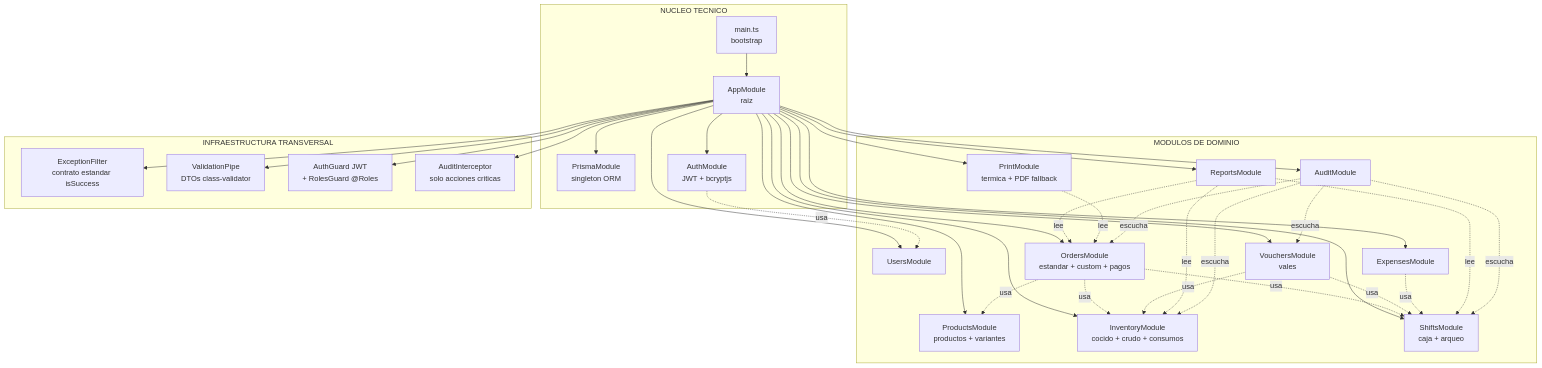
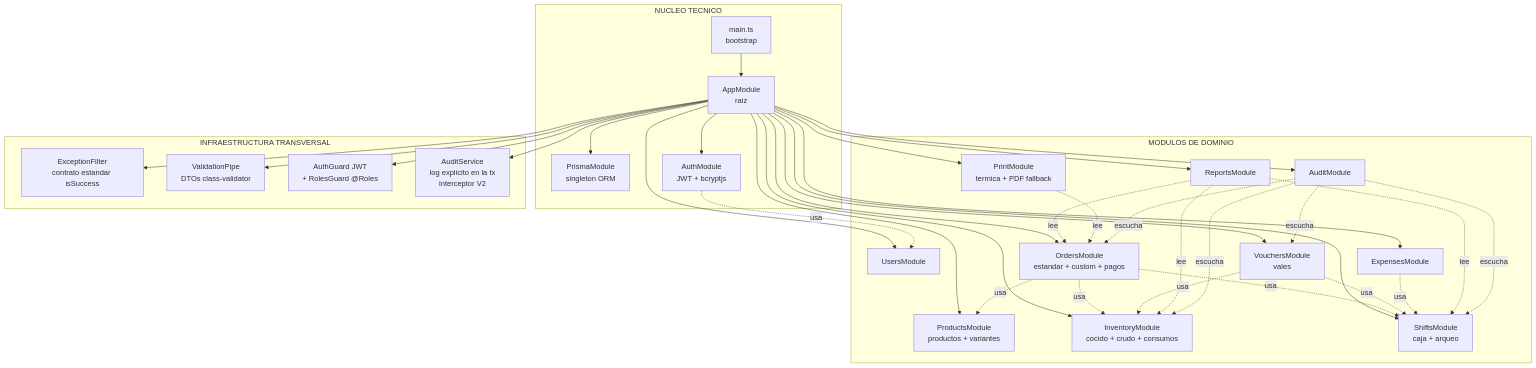
The first of 3 diagrams in docs/architecture_overview.md (Santillan-Reyna-Ariel-Angel/wonderchicken-docs), drawn with Mermaid before and after one commit. The commit also changed other lines of this file and 3 other files, not shown here.

First line of the commit message:
docs(auditoria): documentar implementación de AuditLog en V1

````diff
--- a/docs/architecture_overview.md
+++ b/docs/architecture_overview.md
@@ -32,65 +32,65 @@
 ```mermaid
 graph TB
     subgraph CORE["NUCLEO TECNICO"]
         MAIN[main.ts<br/>bootstrap]
         APP[AppModule<br/>raiz]
         PRISMA[PrismaModule<br/>singleton ORM]
         AUTH[AuthModule<br/>JWT + bcryptjs]
     end
 
     subgraph DOMINIO["MODULOS DE DOMINIO"]
         USERS[UsersModule]
         PRODUCTS[ProductsModule<br/>productos + variantes]
         ORDERS[OrdersModule<br/>estandar + custom + pagos]
         INVENTORY[InventoryModule<br/>cocido + crudo + consumos]
         VOUCHERS[VouchersModule<br/>vales]
         SHIFTS[ShiftsModule<br/>caja + arqueo]
         EXPENSES[ExpensesModule]
         REPORTS[ReportsModule]
         PRINT[PrintModule<br/>termica + PDF fallback]
         AUDIT[AuditModule]
     end
 
     subgraph INFRA["INFRAESTRUCTURA TRANSVERSAL"]
         FILTERS[ExceptionFilter<br/>contrato estandar isSuccess]
         PIPES[ValidationPipe<br/>DTOs class-validator]
         GUARDS[AuthGuard JWT<br/>+ RolesGuard @Roles]
-        INTERCEPTOR[AuditInterceptor<br/>solo acciones criticas]
+        AUDITSVC[AuditService<br/>log explicito en la tx<br/>interceptor V2]
     end
 
     MAIN --> APP
     APP --> PRISMA
     APP --> AUTH
 
     APP --> USERS
     APP --> PRODUCTS
     APP --> ORDERS
     APP --> INVENTORY
     APP --> VOUCHERS
     APP --> SHIFTS
     APP --> EXPENSES
     APP --> REPORTS
     APP --> PRINT
     APP --> AUDIT
 
     AUTH -.usa.-> USERS
     ORDERS -.usa.-> INVENTORY
     ORDERS -.usa.-> SHIFTS
     ORDERS -.usa.-> PRODUCTS
     VOUCHERS -.usa.-> INVENTORY
     VOUCHERS -.usa.-> SHIFTS
     EXPENSES -.usa.-> SHIFTS
     REPORTS -.lee.-> ORDERS
     REPORTS -.lee.-> INVENTORY
     REPORTS -.lee.-> SHIFTS
     PRINT -.lee.-> ORDERS
     AUDIT -.escucha.-> ORDERS
     AUDIT -.escucha.-> VOUCHERS
     AUDIT -.escucha.-> INVENTORY
     AUDIT -.escucha.-> SHIFTS
 
     APP --> FILTERS
     APP --> PIPES
     APP --> GUARDS
-    APP --> INTERCEPTOR
+    APP --> AUDITSVC
 ```
````
